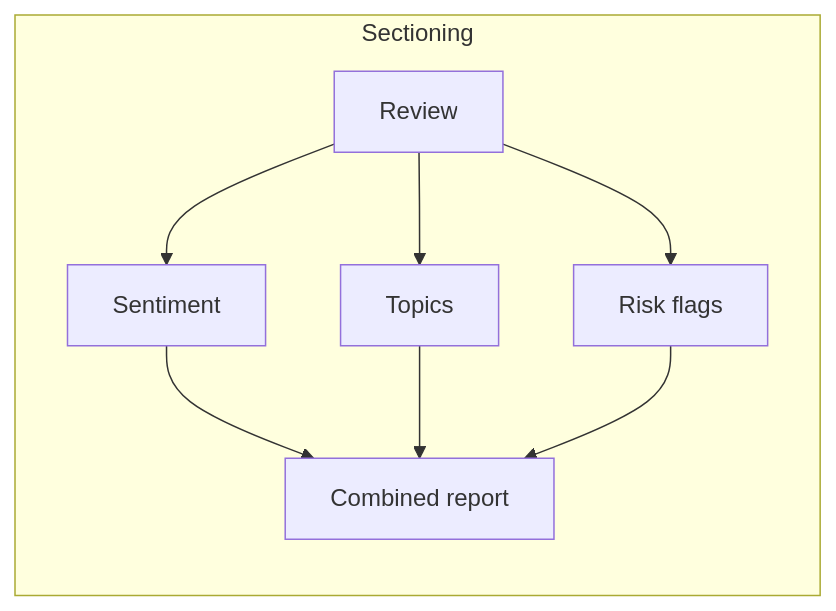
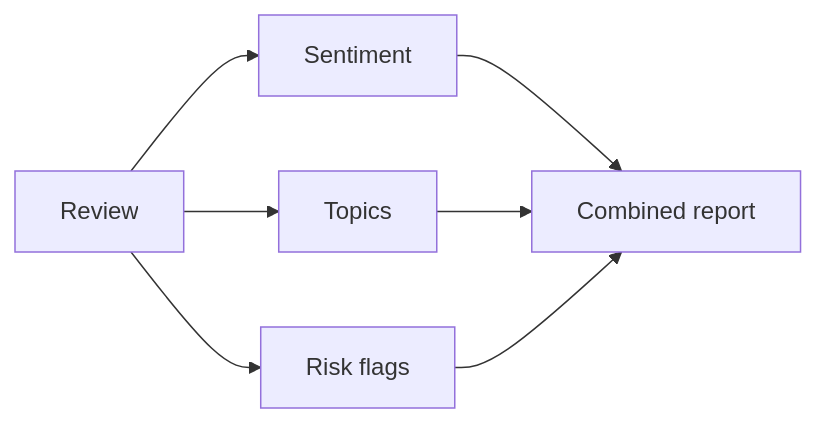
The second of 7 diagrams in README.md (qameqame/ai-architecture-pattern), drawn with Mermaid before and after one commit. The commit also changed other lines of this file and 1 other file, not shown here.

Commit message:
modify diagram of README.md,README.ja.md to Mermaid diagram

````diff
--- a/README.md
+++ b/README.md
@@ -111,11 +113,9 @@
 ```mermaid
 flowchart LR
-    subgraph Sectioning
-        A1[Review] --> B1[Sentiment]
-        A1 --> C1[Topics]
-        A1 --> D1[Risk flags]
-        B1 --> E1[Combined report]
-        C1 --> E1
-        D1 --> E1
-    end
+    A1[Review] --> B1[Sentiment]
+    A1 --> C1[Topics]
+    A1 --> D1[Risk flags]
+    B1 --> E1[Combined report]
+    C1 --> E1
+    D1 --> E1
 ```
````
